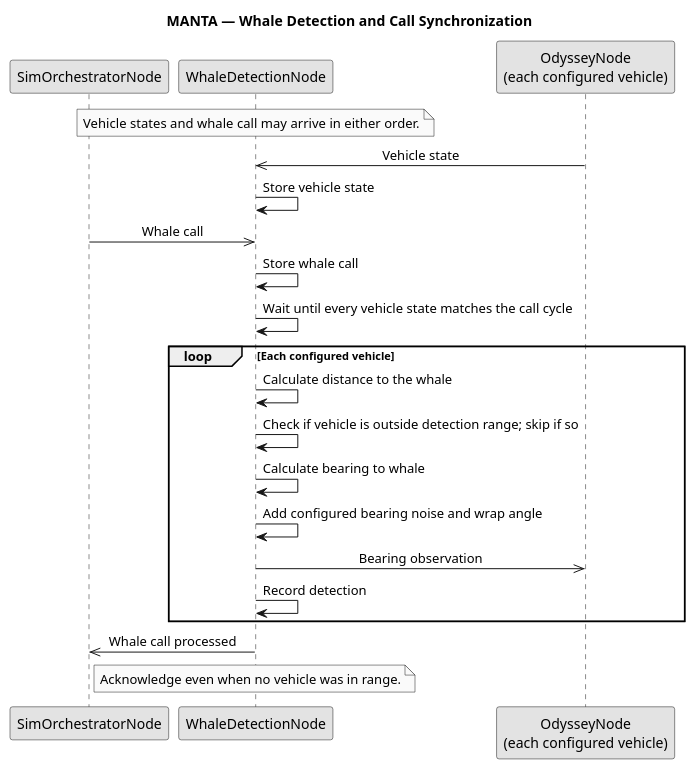
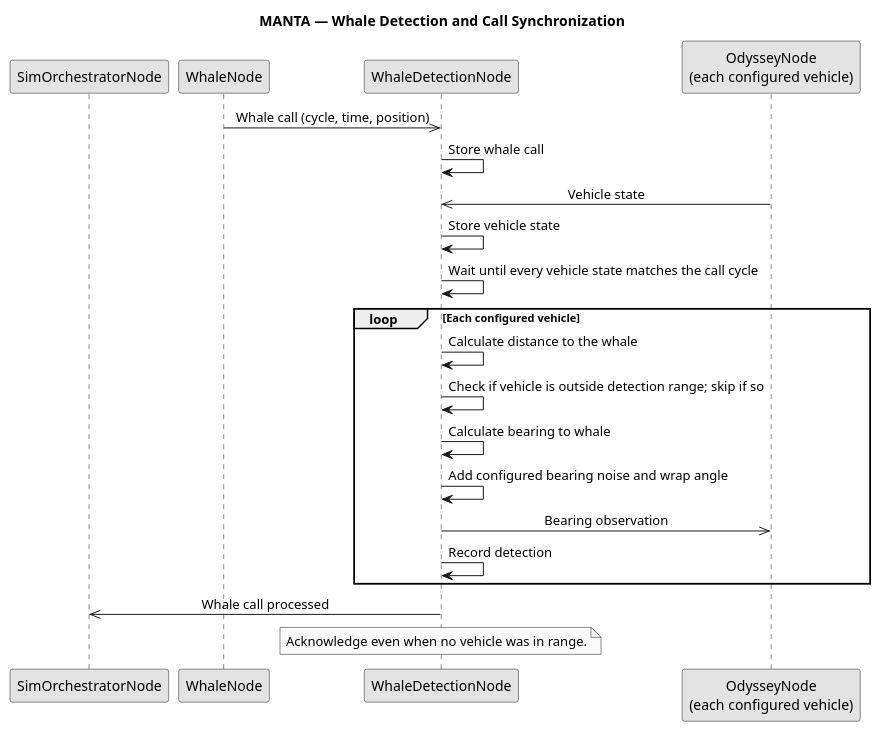
One commit to Tebcherani/MANTA changed the diagram in components/manta_acoustics/docs/whale_detection_sequence.puml. Above: the diagram before and after it, drawn with PlantUML. The commit also changed 41 other files, not shown here.

```diff
--- a/components/manta_acoustics/docs/whale_detection_sequence.puml
+++ b/components/manta_acoustics/docs/whale_detection_sequence.puml
@@ -1,32 +1,32 @@
 @startuml
 title MANTA — Whale Detection and Call Synchronization
 
 skinparam monochrome true
 skinparam shadowing false
 skinparam sequenceMessageAlign center
 skinparam responseMessageBelowArrow true
 
 participant "SimOrchestratorNode" as Orchestrator
+participant "WhaleNode" as Whale
 participant "WhaleDetectionNode" as Detection
 participant "OdysseyNode\n(each configured vehicle)" as Vehicle
 
-note over Detection: Vehicle states and whale call may arrive in either order.
+Whale ->> Detection : Whale call (cycle, time, position)
+Detection -> Detection : Store whale call
 Vehicle ->> Detection : Vehicle state
 Detection -> Detection : Store vehicle state
-Orchestrator ->> Detection : Whale call
-Detection -> Detection : Store whale call
 Detection -> Detection : Wait until every vehicle state matches the call cycle
 
 loop Each configured vehicle
     Detection -> Detection : Calculate distance to the whale
     Detection -> Detection : Check if vehicle is outside detection range; skip if so
     Detection -> Detection : Calculate bearing to whale
     Detection -> Detection : Add configured bearing noise and wrap angle
     Detection ->> Vehicle : Bearing observation
     Detection -> Detection : Record detection
 end
 
 Detection ->> Orchestrator : Whale call processed
 note over Detection: Acknowledge even when no vehicle was in range.
 
 @enduml
```
